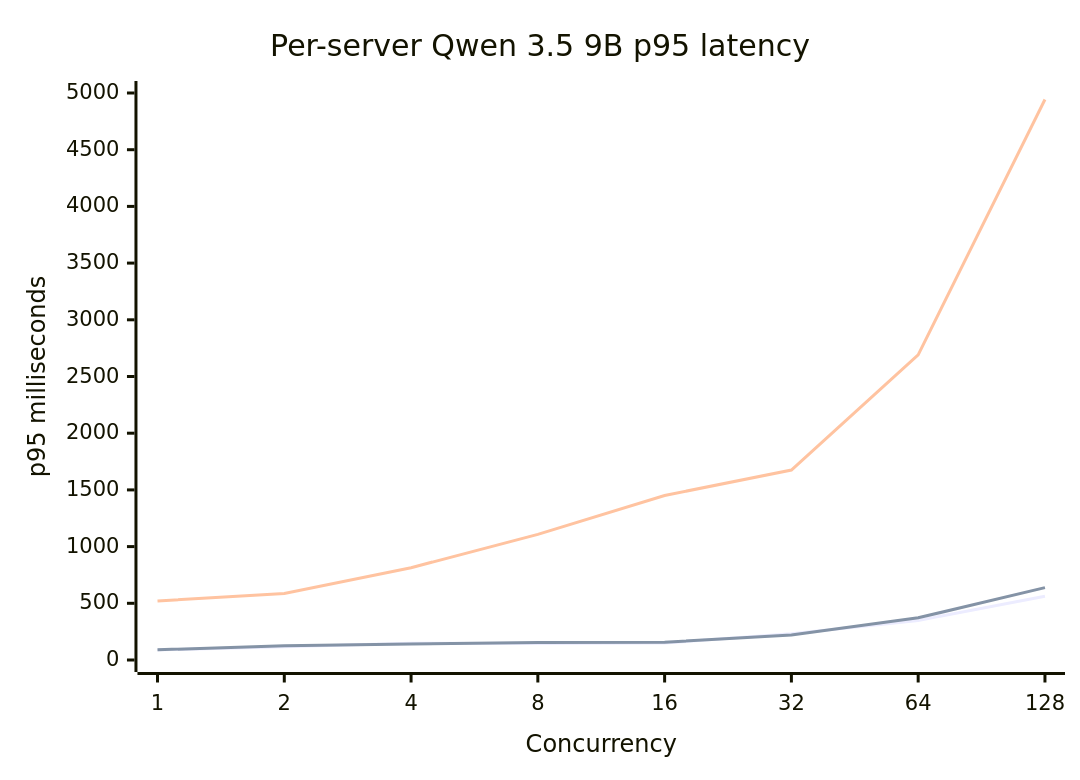
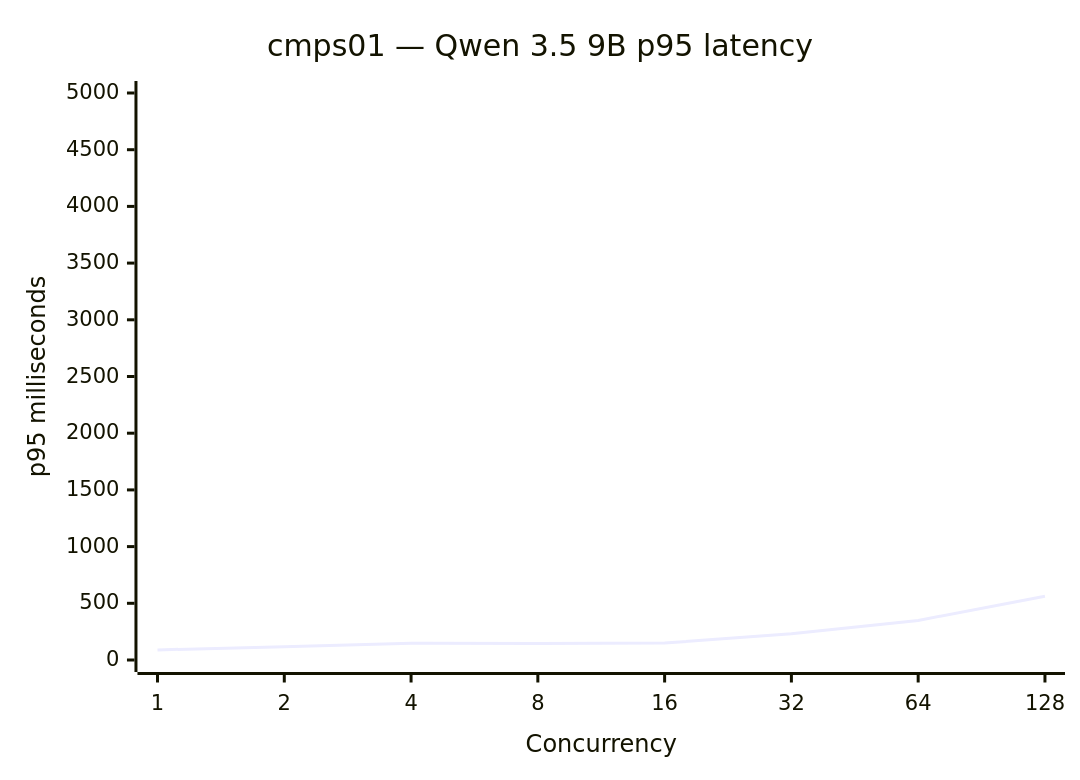
Before and after one commit to EduAI-Lab/EduAI: the seventh of 10 diagrams in docs/rag-ai/latency/eduai-summer-2026/FLEET_ROUTER_EXECUTIVE_REPORT_2026-08-19.md, drawn with Mermaid. The commit also changed other lines of this file, not shown here.

Commit message:
Make per-server latency charts unambiguous

````diff
--- a/docs/rag-ai/latency/eduai-summer-2026/FLEET_ROUTER_EXECUTIVE_REPORT_2026-08-19.md
+++ b/docs/rag-ai/latency/eduai-summer-2026/FLEET_ROUTER_EXECUTIVE_REPORT_2026-08-19.md
@@ -79,9 +103,7 @@
 ```mermaid
 xychart-beta
-    title "Per-server Qwen 3.5 9B p95 latency"
+    title "cmps01 — Qwen 3.5 9B p95 latency"
     x-axis "Concurrency" [1, 2, 4, 8, 16, 32, 64, 128]
     y-axis "p95 milliseconds" 0 --> 5000
     line [89, 117, 148, 145, 149, 231, 349, 562]
-    line [90, 125, 140, 154, 157, 221, 372, 638]
-    line [520, 587, 814, 1108, 1451, 1675, 2690, 4943]
 ```
````
